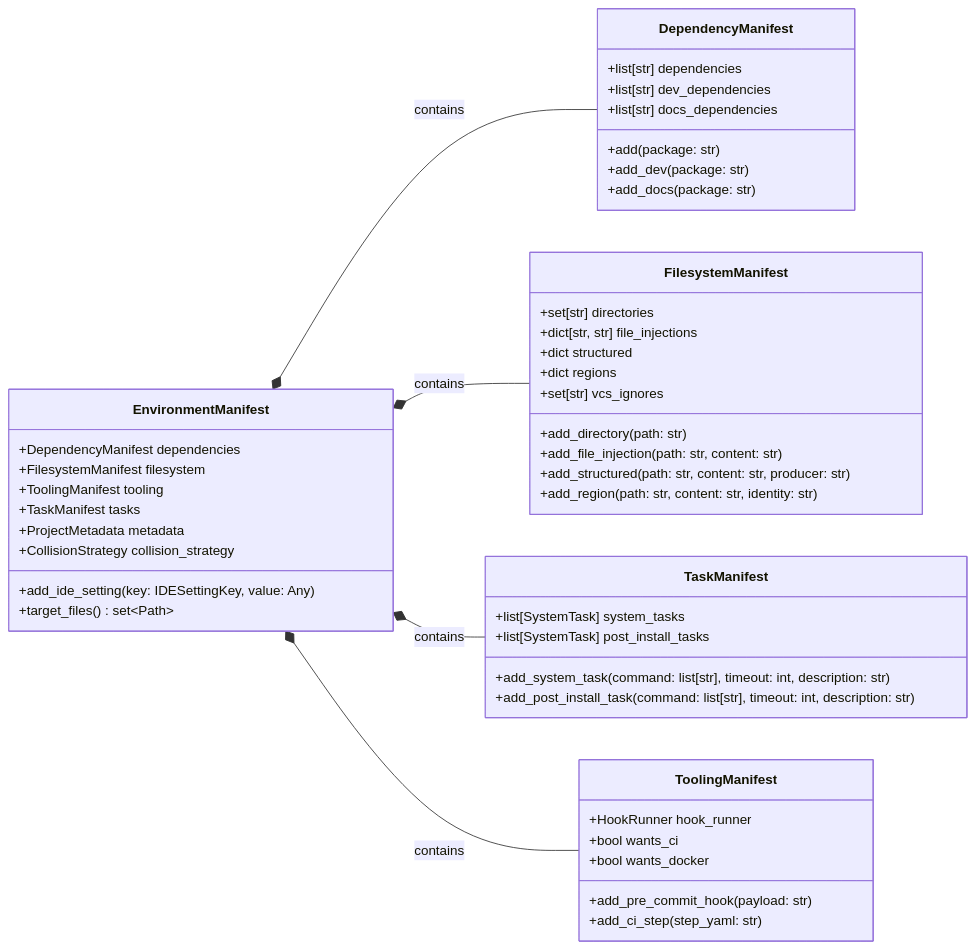
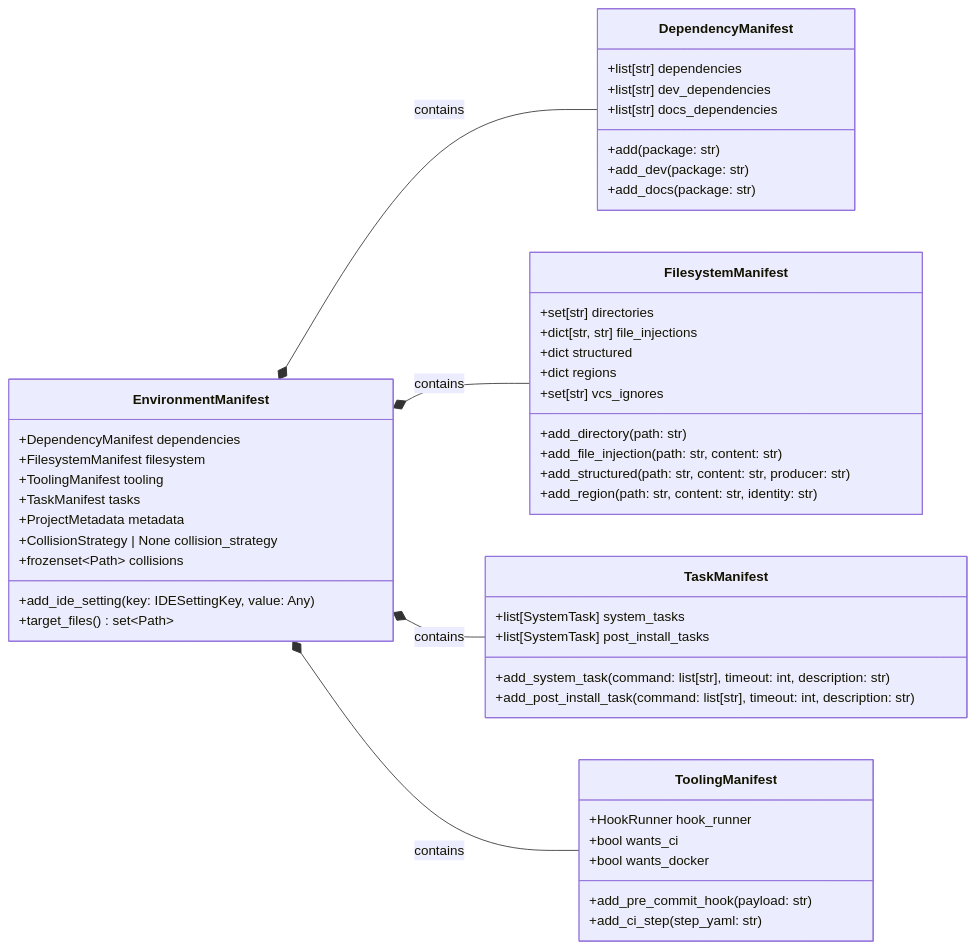
Before and after one commit to JacksonFergusonDev/protostar: the first of 2 diagrams in docs/developer/api-reference.md, drawn with Mermaid. The commit also changed 26 other files, not shown here.

````diff
--- a/docs/developer/api-reference.md
+++ b/docs/developer/api-reference.md
@@ -7,56 +7,57 @@
 ```mermaid
 classDiagram
     direction LR
 
     class EnvironmentManifest {
         +DependencyManifest dependencies
         +FilesystemManifest filesystem
         +ToolingManifest tooling
         +TaskManifest tasks
         +ProjectMetadata metadata
-        +CollisionStrategy collision_strategy
+        +CollisionStrategy | None collision_strategy
+        +frozenset~Path~ collisions
         +add_ide_setting(key: IDESettingKey, value: Any)
         +target_files() set~Path~
     }
 
     class DependencyManifest {
         +list[str] dependencies
         +list[str] dev_dependencies
         +list[str] docs_dependencies
         +add(package: str)
         +add_dev(package: str)
         +add_docs(package: str)
     }
 
     class FilesystemManifest {
         +set[str] directories
         +dict[str, str] file_injections
         +dict structured
         +dict regions
         +set[str] vcs_ignores
         +add_directory(path: str)
         +add_file_injection(path: str, content: str)
         +add_structured(path: str, content: str, producer: str)
         +add_region(path: str, content: str, identity: str)
     }
 
     class TaskManifest {
         +list[SystemTask] system_tasks
         +list[SystemTask] post_install_tasks
         +add_system_task(command: list[str], timeout: int, description: str)
         +add_post_install_task(command: list[str], timeout: int, description: str)
     }
 
     class ToolingManifest {
         +HookRunner hook_runner
         +bool wants_ci
         +bool wants_docker
         +add_pre_commit_hook(payload: str)
         +add_ci_step(step_yaml: str)
     }
 
     EnvironmentManifest *-- DependencyManifest : contains
     EnvironmentManifest *-- FilesystemManifest : contains
     EnvironmentManifest *-- TaskManifest : contains
     EnvironmentManifest *-- ToolingManifest : contains
 ```
````
